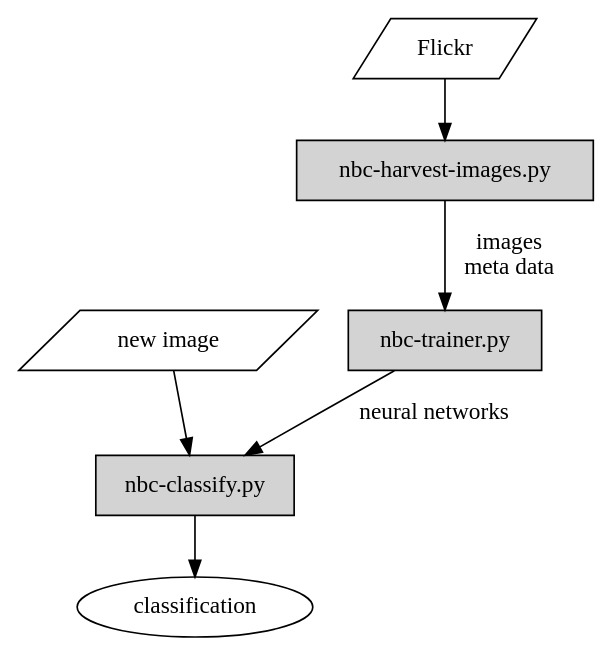
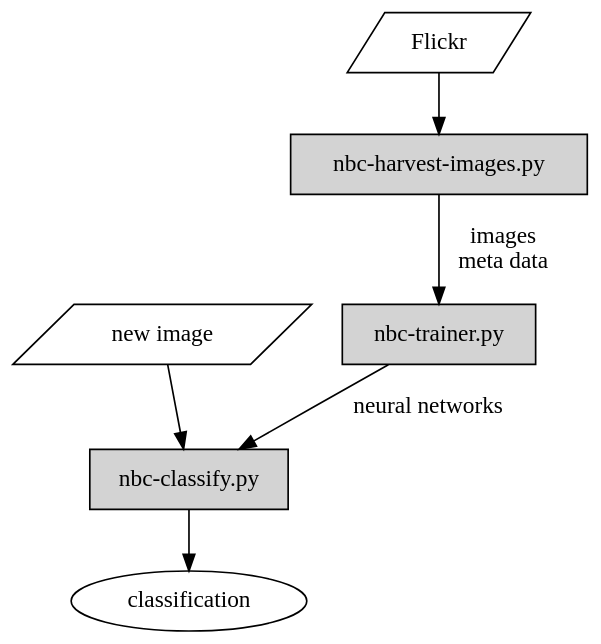
The diagram in nbclassify/docs/scripts.rst (naturalis/nbclassify), drawn with Graphviz before and after one commit. The commit also changed other lines of this file and 2 other files, not shown here.

```diff
--- a/nbclassify/docs/scripts.rst
+++ b/nbclassify/docs/scripts.rst
@@ -24,13 +24,14 @@
 .. graphviz::
 
    digraph scripts {
+        bgcolor="transparent";
         node [shape=ellipse]; classification;
         node [shape=parallelogram]; Flickr; "new image";
         node [shape=box,style=filled]; "nbc-harvest-images.py"; "nbc-trainer.py"; "nbc-classify.py";
 
         Flickr -> "nbc-harvest-images.py";
         "new image" -> "nbc-classify.py";
         "nbc-harvest-images.py" -> "nbc-trainer.py" [ label=" images\n meta data" ];
         "nbc-trainer.py" -> "nbc-classify.py" [ label=" neural networks" ];
         "nbc-classify.py" -> "classification";
    }
```
